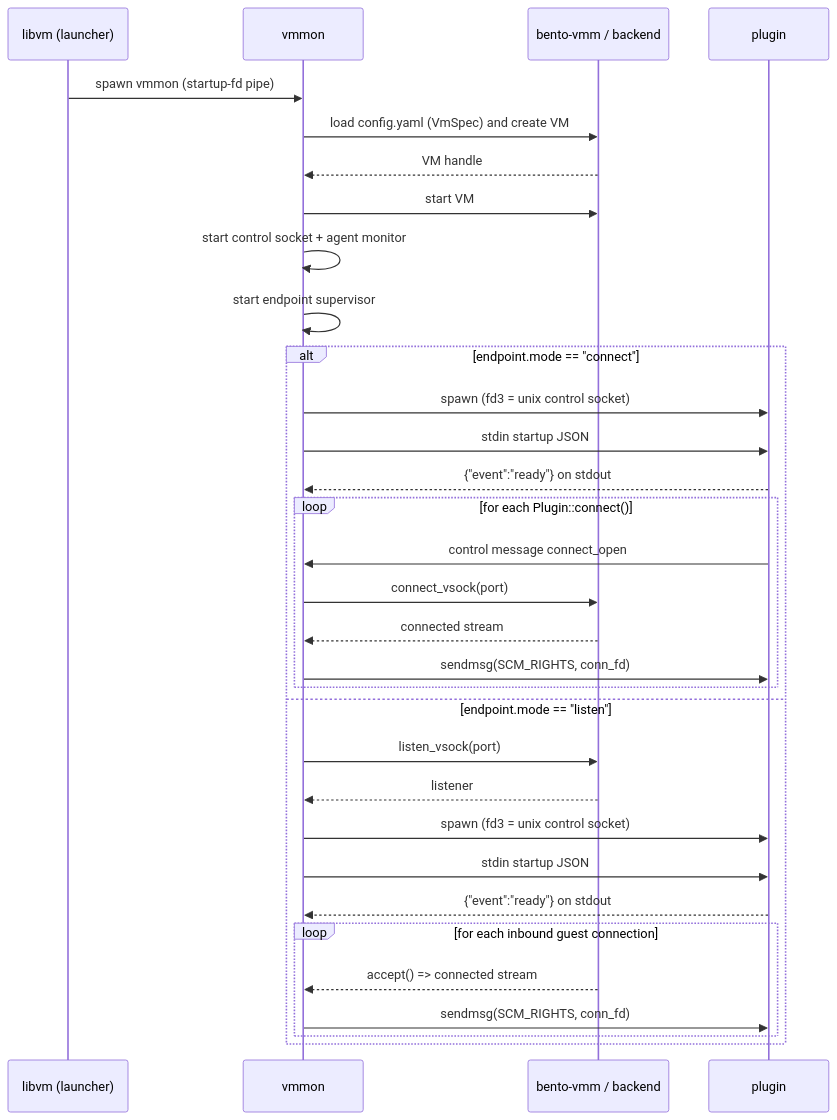
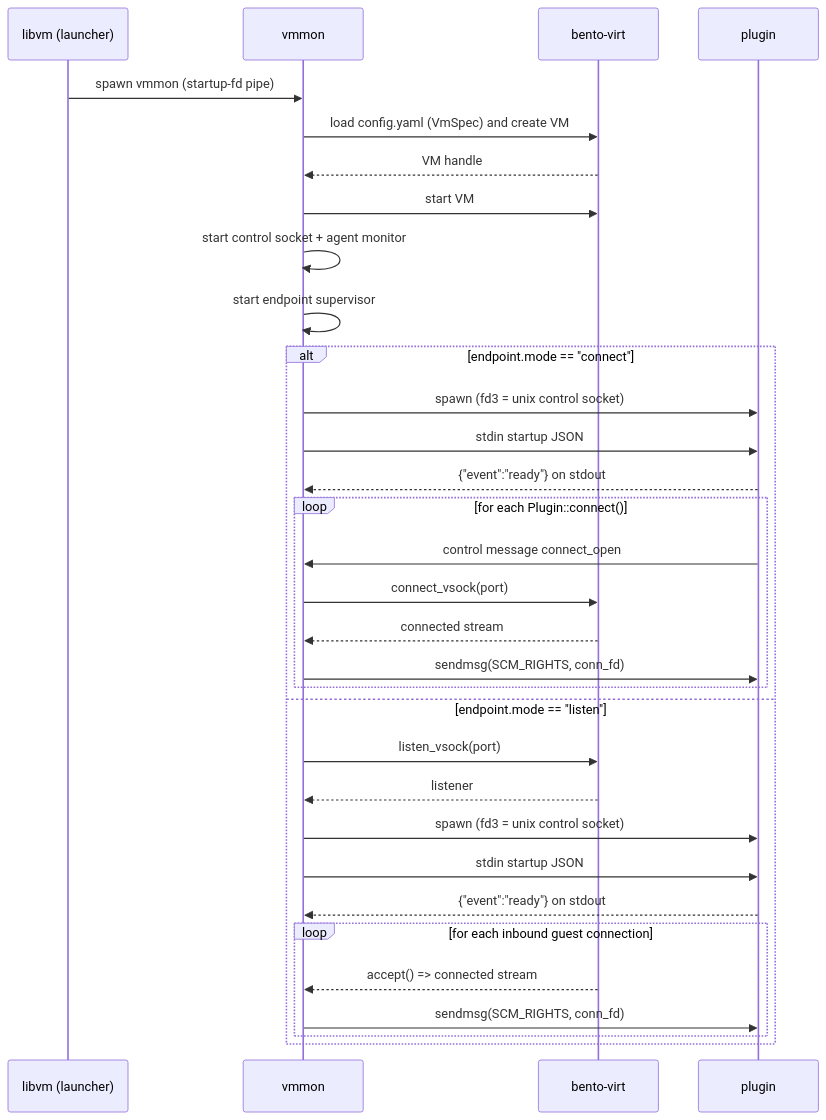
One commit to vandycknick/bentobox changed the first of 2 diagrams in docs/adr/0005-vmmon-vsock-endpoint-plugins.md. Above: the diagram before and after it, drawn with Mermaid. The commit also changed other lines of this file and 38 other files, not shown here.

Commit message:
refactor: rename bento-vmm crate to bento-virt

````diff
--- a/docs/adr/0005-vmmon-vsock-endpoint-plugins.md
+++ b/docs/adr/0005-vmmon-vsock-endpoint-plugins.md
@@ -98,36 +98,36 @@
 ```mermaid
 sequenceDiagram
   participant libvm as libvm (launcher)
   participant vmmon as vmmon
-  participant vmm as bento-vmm / backend
+  participant virt as bento-virt
   participant plugin as plugin
 
   libvm->>vmmon: spawn vmmon (startup-fd pipe)
-  vmmon->>vmm: load config.yaml (VmSpec) and create VM
-  vmm-->>vmmon: VM handle
-  vmmon->>vmm: start VM
+  vmmon->>virt: load config.yaml (VmSpec) and create VM
+  virt-->>vmmon: VM handle
+  vmmon->>virt: start VM
   vmmon->>vmmon: start control socket + agent monitor
   vmmon->>vmmon: start endpoint supervisor
 
   alt endpoint.mode == "connect"
     vmmon->>plugin: spawn (fd3 = unix control socket)
     vmmon->>plugin: stdin startup JSON
     plugin-->>vmmon: {"event":"ready"} on stdout
     loop for each Plugin::connect()
       plugin->>vmmon: control message connect_open
-      vmmon->>vmm: connect_vsock(port)
-      vmm-->>vmmon: connected stream
+      vmmon->>virt: connect_vsock(port)
+      virt-->>vmmon: connected stream
       vmmon->>plugin: sendmsg(SCM_RIGHTS, conn_fd)
     end
   else endpoint.mode == "listen"
-    vmmon->>vmm: listen_vsock(port)
-    vmm-->>vmmon: listener
+    vmmon->>virt: listen_vsock(port)
+    virt-->>vmmon: listener
     vmmon->>plugin: spawn (fd3 = unix control socket)
     vmmon->>plugin: stdin startup JSON
     plugin-->>vmmon: {"event":"ready"} on stdout
     loop for each inbound guest connection
-      vmm-->>vmmon: accept() => connected stream
+      virt-->>vmmon: accept() => connected stream
       vmmon->>plugin: sendmsg(SCM_RIGHTS, conn_fd)
     end
   end
 ```
````
